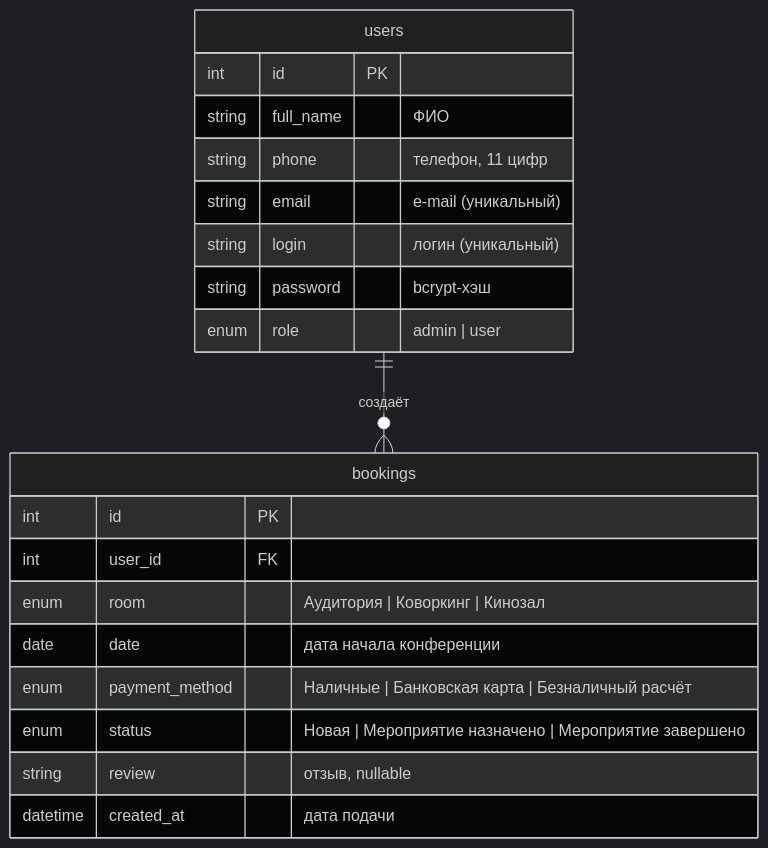
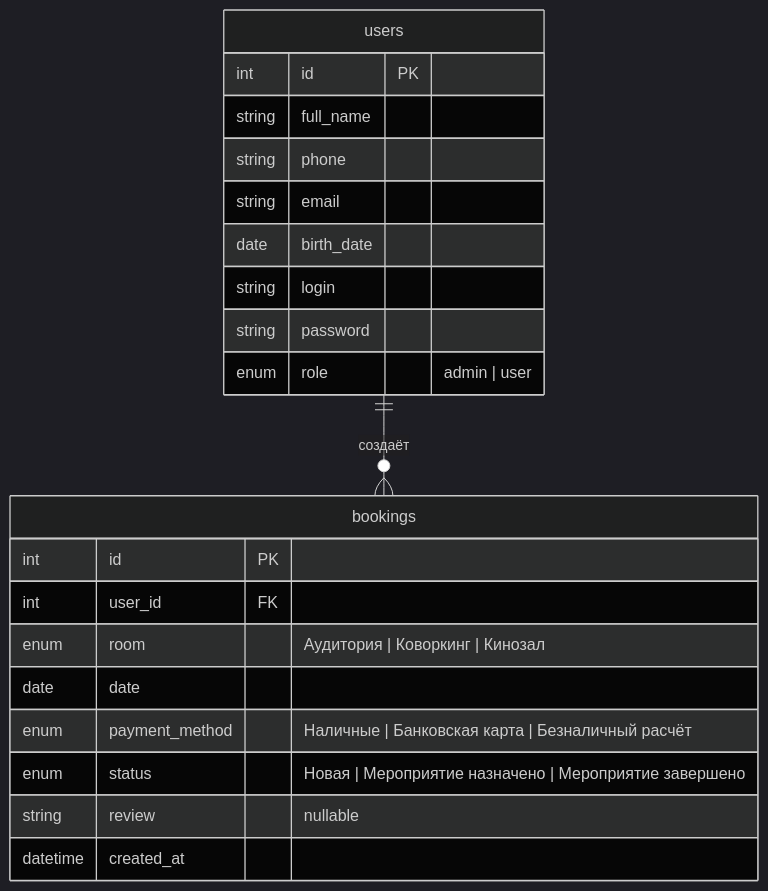
Before and after one commit to ROYWOODEN/demo-me: the diagram in README.md, drawn with Mermaid (dark theme). The commit also changed other lines of this file and 10 other files, not shown here.

````diff
--- a/README.md
+++ b/README.md
@@ -19,25 +17,26 @@
 ```mermaid
 erDiagram
     users ||--o{ bookings : "создаёт"
 
     users {
         int id PK
-        string full_name "ФИО"
-        string phone "телефон, 11 цифр"
-        string email "e-mail (уникальный)"
-        string login "логин (уникальный)"
-        string password "bcrypt-хэш"
+        string full_name
+        string phone
+        string email
+        date birth_date
+        string login
+        string password
         enum role "admin | user"
     }
 
     bookings {
         int id PK
         int user_id FK
         enum room "Аудитория | Коворкинг | Кинозал"
-        date date "дата начала конференции"
+        date date
         enum payment_method "Наличные | Банковская карта | Безналичный расчёт"
         enum status "Новая | Мероприятие назначено | Мероприятие завершено"
-        string review "отзыв, nullable"
-        datetime created_at "дата подачи"
+        string review "nullable"
+        datetime created_at
     }
 ```
````
